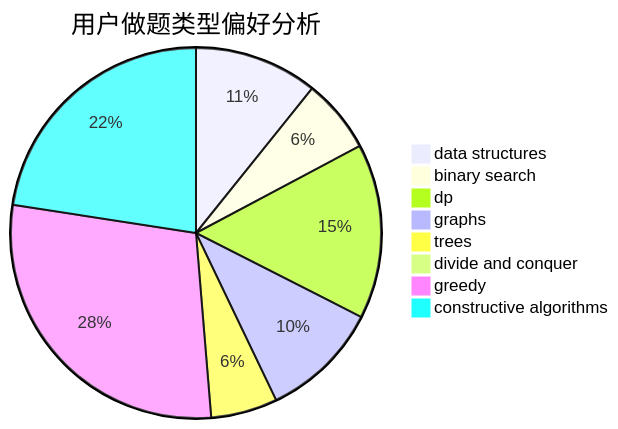
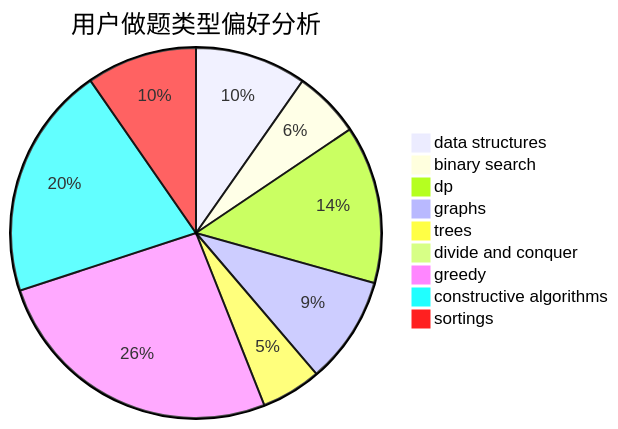
Before and after one commit to sherpahu/cfrs.github.io: the second of 3 diagrams in docs/user/u1499.md, drawn with Mermaid. The commit also changed other lines of this file and 2769 other files, not shown here.

````diff
--- a/docs/user/u1499.md
+++ b/docs/user/u1499.md
@@ -23,11 +18,12 @@
 ```mermaid
 pie title 用户做题类型偏好分析
     "data structures" :  115
     "binary search" :  69
     "dp" :  163
     "graphs" :  111
     "trees" :  62
     "divide and conquer" :  10
     "greedy" :  307
     "constructive algorithms" :  241
+    "sortings" :  114
 ```
````
